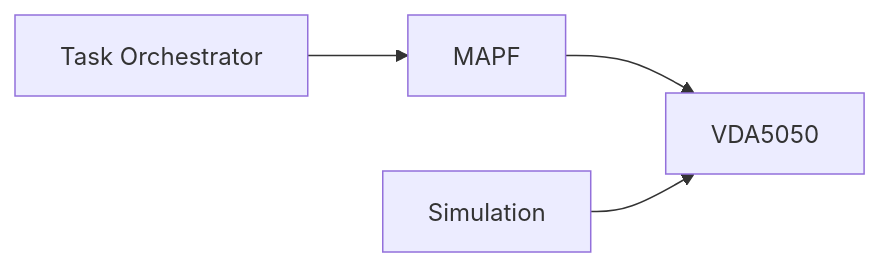
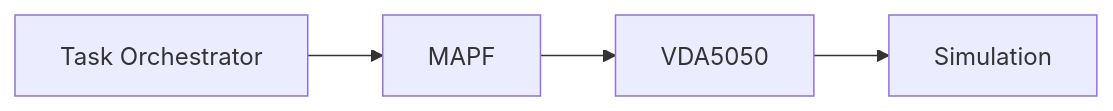
One commit to KennySoh/rmf_industrial changed the diagram in README.md. Above: the diagram before and after it, drawn with Mermaid.

Commit message:
docs: minor readme changed

````diff
--- a/README.md
+++ b/README.md
@@ -8,12 +8,12 @@
 ```mermaid
 flowchart LR
 
     TO[Task Orchestrator]
     MAPF[MAPF]
     VDA[VDA5050]
     SIM[Simulation]
 
     TO --> MAPF
     MAPF --> VDA
-    SIM --> VDA
+    VDA --> SIM
 ```
````
